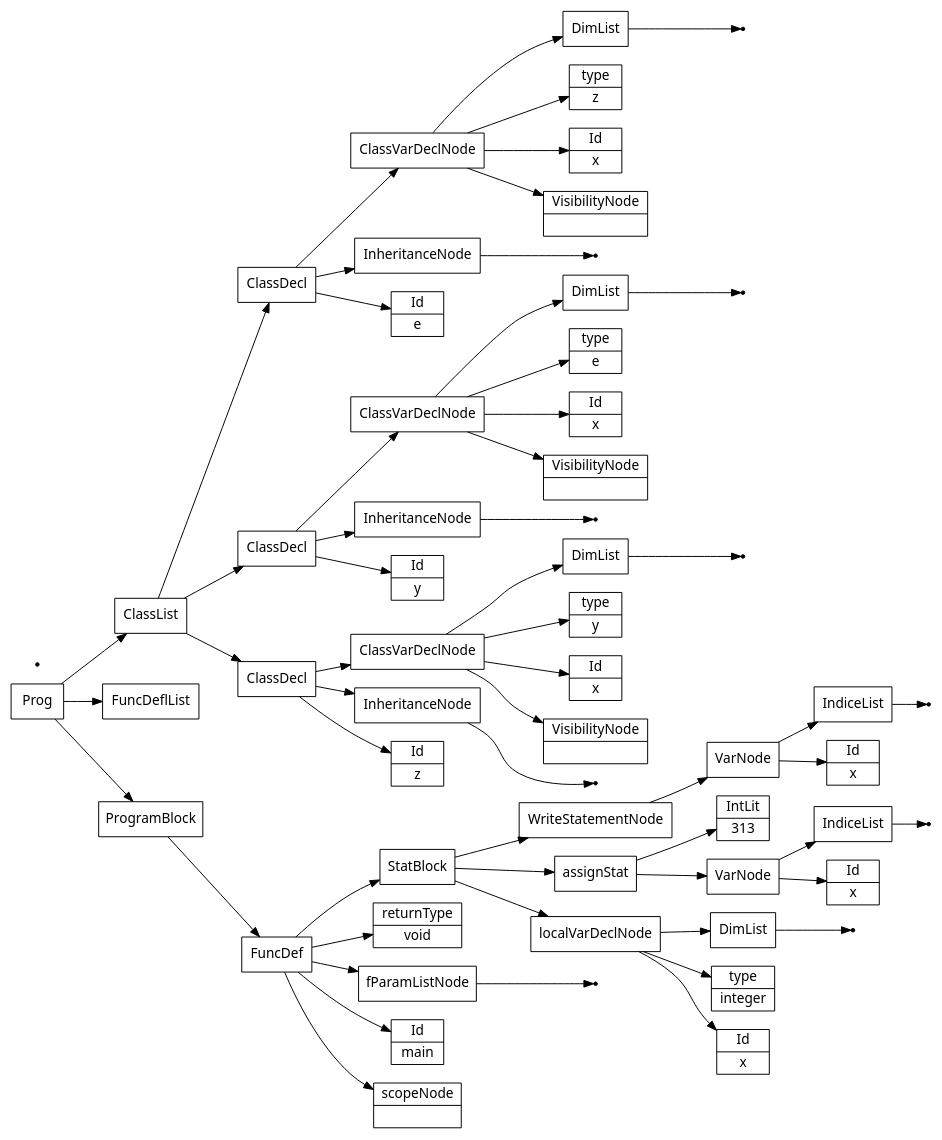
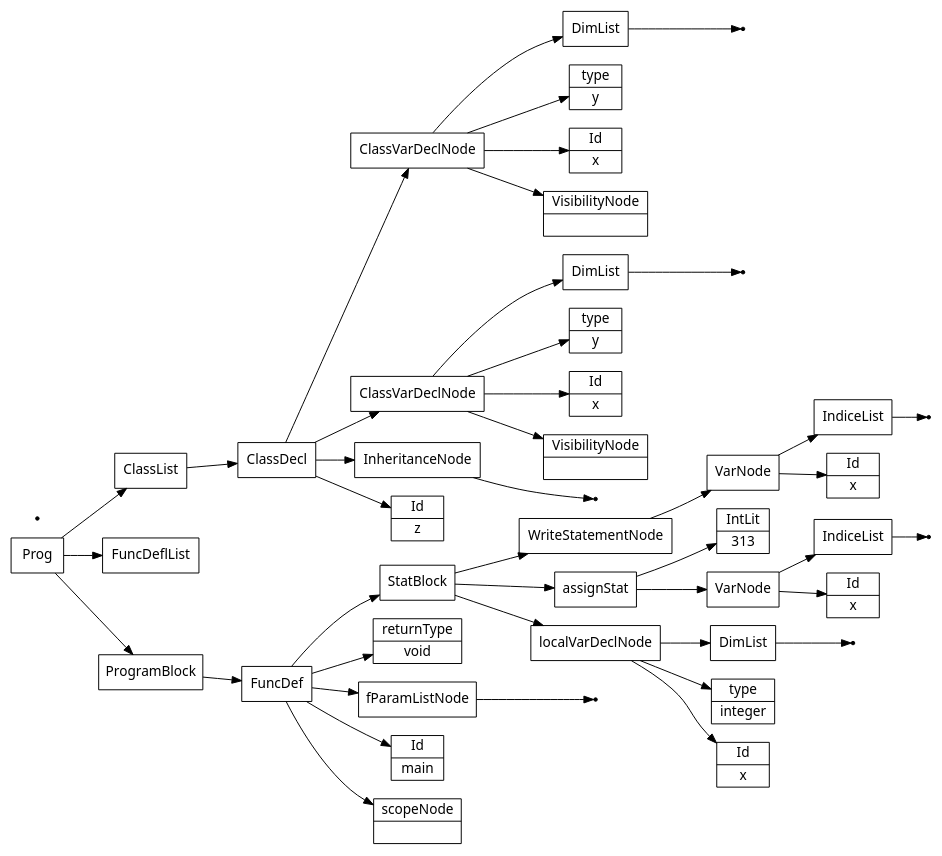
The diagram in files/sandbox.src.ast.dot (Saf1u/Kompiler), drawn with Graphviz before and after one commit. The commit also changed 5 other files, not shown here.

```diff
--- a/files/sandbox.src.ast.dot
+++ b/files/sandbox.src.ast.dot
@@ -1,118 +1,90 @@
 digraph AST {
 node [shape=record];
  node [fontname=Sans];charset="UTF-8" splines=true splines=spline rankdir =LR ordering="out"
 0[label="Id|z"];
 none2[shape="point"];
 3[label="InheritanceNode"];
 3->none2;
 4[label="VisibilityNode|"];
 5[label="Id|x"];
 6[label="type|y"];
 none8[shape="point"];
 9[label="DimList"];
 9->none8;
 10[label="ClassVarDeclNode"];
 10->9;
 10->6;
 10->5;
 10->4;
-11[label="ClassDecl"];
-11->10;
-11->3;
-11->0;
-12[label="Id|y"];
-none14[shape="point"];
-15[label="InheritanceNode"];
-15->none14;
-16[label="VisibilityNode|"];
-17[label="Id|x"];
-18[label="type|e"];
-none20[shape="point"];
-21[label="DimList"];
-21->none20;
-22[label="ClassVarDeclNode"];
-22->21;
-22->18;
-22->17;
-22->16;
-23[label="ClassDecl"];
-23->22;
-23->15;
-23->12;
-24[label="Id|e"];
-none26[shape="point"];
-27[label="InheritanceNode"];
-27->none26;
-28[label="VisibilityNode|"];
-29[label="Id|x"];
-30[label="type|z"];
-none32[shape="point"];
-33[label="DimList"];
-33->none32;
-34[label="ClassVarDeclNode"];
-34->33;
-34->30;
-34->29;
-34->28;
-35[label="ClassDecl"];
-35->34;
-35->27;
-35->24;
-37[label="scopeNode| "];
-none39[shape="point"];
-40[label="fParamListNode"];
-40->none39;
-41[label="returnType|void"];
-43[label="Id|x"];
-44[label="type|integer"];
-none46[shape="point"];
-47[label="DimList"];
-47->none46;
-48[label="localVarDeclNode"];
-48->47;
-48->44;
-48->43;
-49[label="Id|x"];
+11[label="VisibilityNode|"];
+12[label="Id|x"];
+13[label="type|y"];
+none15[shape="point"];
+16[label="DimList"];
+16->none15;
+17[label="ClassVarDeclNode"];
+17->16;
+17->13;
+17->12;
+17->11;
+18[label="ClassDecl"];
+18->17;
+18->10;
+18->3;
+18->0;
+20[label="scopeNode| "];
+none22[shape="point"];
+23[label="fParamListNode"];
+23->none22;
+24[label="returnType|void"];
+26[label="Id|x"];
+27[label="type|integer"];
+none29[shape="point"];
+30[label="DimList"];
+30->none29;
+31[label="localVarDeclNode"];
+31->30;
+31->27;
+31->26;
+32[label="Id|x"];
+none34[shape="point"];
+35[label="IndiceList"];
+35->none34;
+36[label="VarNode"];
+36->35;
+36->32;
+37[label="IntLit|313"];
+38[label="assignStat"];
+38->37;
+38->36;
+39[label="Id|x"];
+none41[shape="point"];
+42[label="IndiceList"];
+42->none41;
+43[label="VarNode"];
+43->42;
+43->39;
+44[label="WriteStatementNode"];
+44->43;
+45[label="StatBlock"];
+45->44;
+45->38;
+45->31;
+46[label="FuncDef"];
+19[label="Id|main"];
+46->45;
+46->24;
+46->23;
+46->19;
+46->20;
+47[label="ClassList"];
+48[label="FuncDeflList"];
+49[label="Prog"];
+50[label="ProgramBlock"];
+50->46;
+47->18;
 none51[shape="point"];
-52[label="IndiceList"];
-52->none51;
-53[label="VarNode"];
-53->52;
-53->49;
-54[label="IntLit|313"];
-55[label="assignStat"];
-55->54;
-55->53;
-56[label="Id|x"];
-none58[shape="point"];
-59[label="IndiceList"];
-59->none58;
-60[label="VarNode"];
-60->59;
-60->56;
-61[label="WriteStatementNode"];
-61->60;
-62[label="StatBlock"];
-62->61;
-62->55;
-62->48;
-63[label="FuncDef"];
-36[label="Id|main"];
-63->62;
-63->41;
-63->40;
-63->36;
-63->37;
-64[label="ClassList"];
-65[label="FuncDeflList"];
-66[label="Prog"];
-67[label="ProgramBlock"];
-67->63;
-64->35;
-64->23;
-64->11;
-none68[shape="point"];
-66->64;
-66->65;
-66->67;
+49->47;
+49->48;
+49->50;
 }
```
